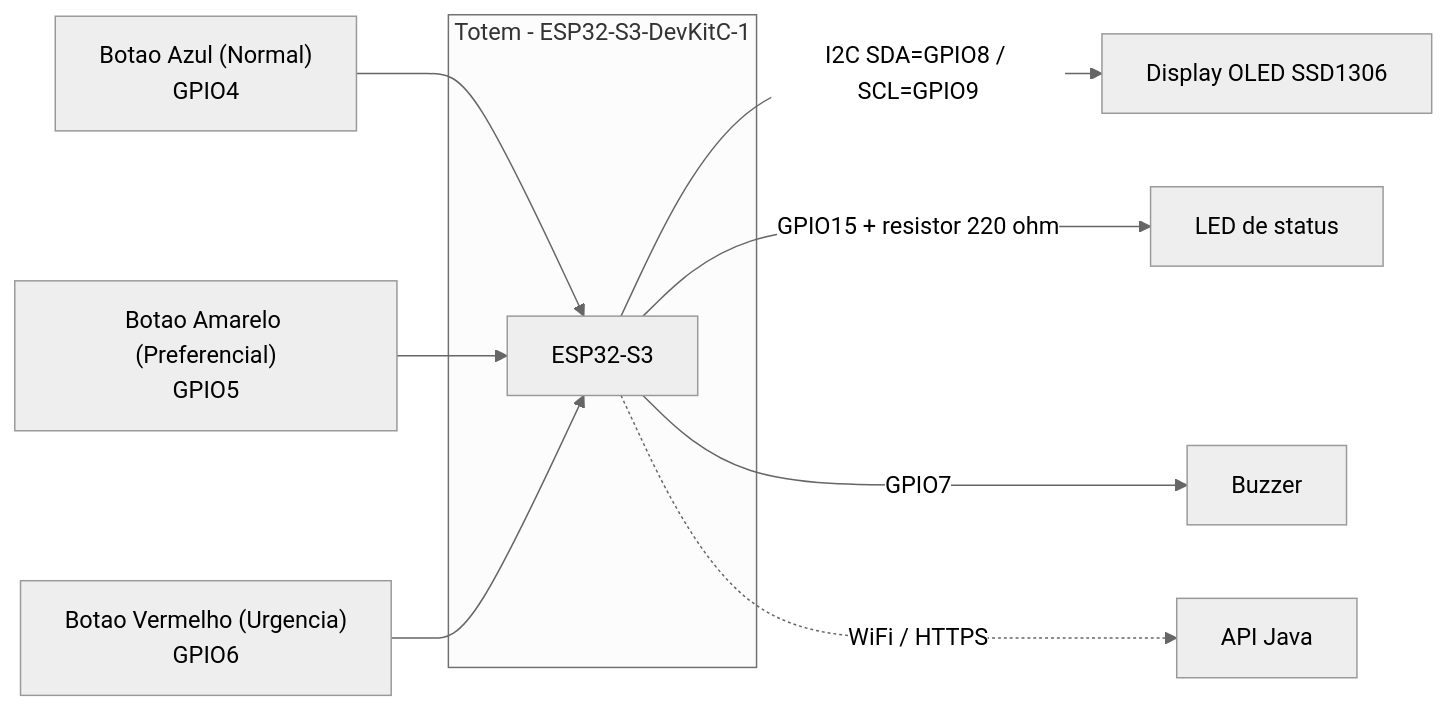
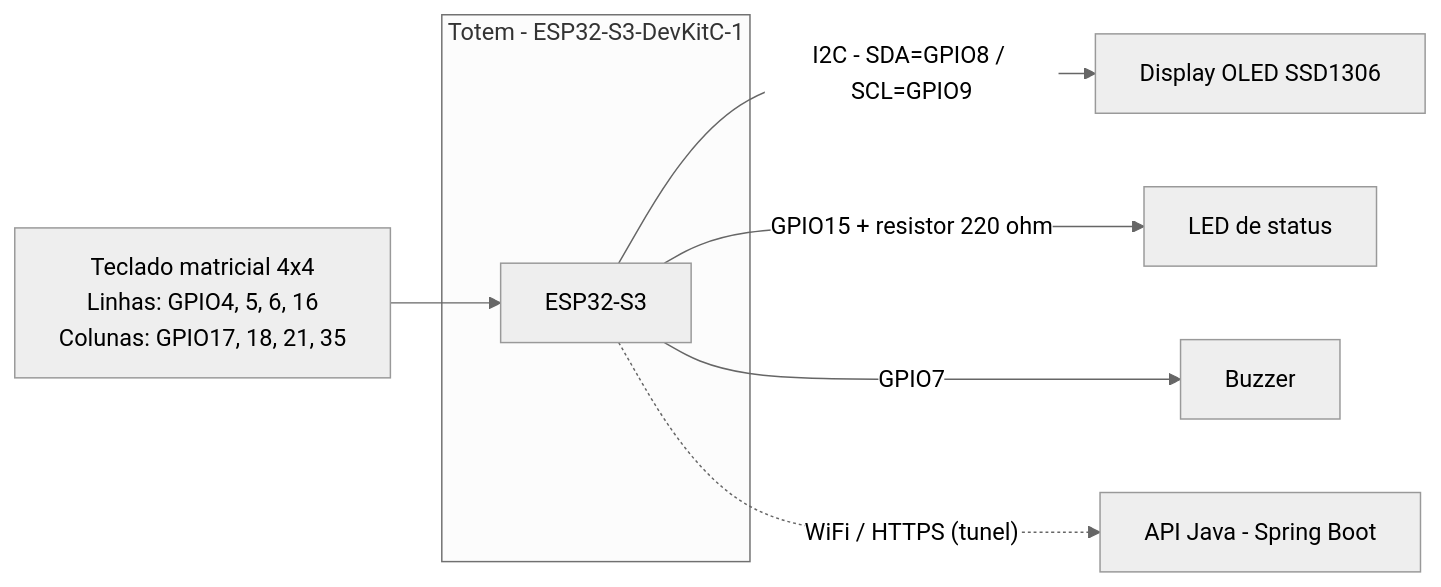
One commit to NexaGS/disruptive-architectures changed the diagram in diagramas/circuito-pinos.mmd. Above: the diagram before and after it, drawn with Mermaid (neutral theme). The commit also changed 25 other files, not shown here.

```diff
--- a/diagramas/circuito-pinos.mmd
+++ b/diagramas/circuito-pinos.mmd
@@ -1,11 +1,9 @@
 flowchart LR
     subgraph Totem["Totem - ESP32-S3-DevKitC-1"]
         esp["ESP32-S3"]
     end
-    azul["Botao Azul (Normal)<br/>GPIO4"] --> esp
-    amarelo["Botao Amarelo (Preferencial)<br/>GPIO5"] --> esp
-    vermelho["Botao Vermelho (Urgencia)<br/>GPIO6"] --> esp
-    esp -->|"I2C SDA=GPIO8 / SCL=GPIO9"| oled["Display OLED SSD1306"]
+    teclado["Teclado matricial 4x4<br/>Linhas: GPIO4, 5, 6, 16<br/>Colunas: GPIO17, 18, 21, 35"] --> esp
+    esp -->|"I2C - SDA=GPIO8 / SCL=GPIO9"| oled["Display OLED SSD1306"]
     esp -->|"GPIO15 + resistor 220 ohm"| led["LED de status"]
     esp -->|"GPIO7"| buzzer["Buzzer"]
-    esp -.->|"WiFi / HTTPS"| api["API Java"]
+    esp -.->|"WiFi / HTTPS (tunel)"| api["API Java - Spring Boot"]
```
